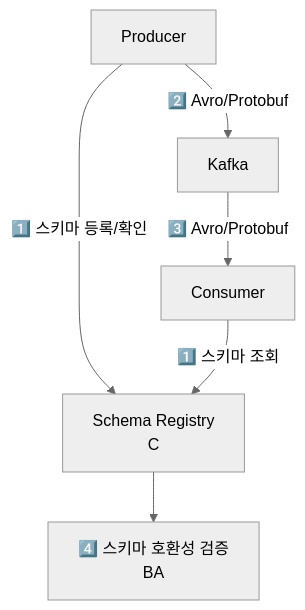
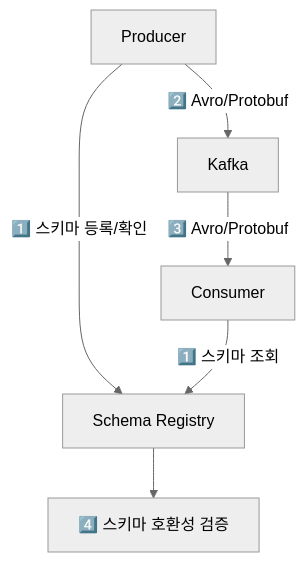
Before and after one commit to yjkim2015/yjkim2015.github.io: the eighth of 12 diagrams in _posts/kafka/2026-05-02-kafka-deep.md, drawn with Mermaid (neutral theme). The commit also changed other lines of this file and 217 other files, not shown here.

First line of the commit message:
Mermaid 크기 수정: useMaxWidth:true + SVG max-width:100% + 라벨 축소

````diff
--- a/_posts/kafka/2026-05-02-kafka-deep.md
+++ b/_posts/kafka/2026-05-02-kafka-deep.md
@@ -388,8 +388,8 @@
 ```mermaid
 graph TD
-    Producer[Producer] -->|"1️⃣ 스키마 등록/확인"| SchemaRegistry["Schema Registry\nC"]
+    Producer[Producer] -->|"1️⃣ 스키마 등록/확인"| SchemaRegistry["Schema Registry"]
     Consumer[Consumer] -->|"1️⃣ 스키마 조회"| SchemaRegistry
     Producer -->|"2️⃣ Avro/Protobuf"| Kafka[Kafka]
     Kafka -->|"3️⃣ Avro/Protobuf"| Consumer
-    SchemaRegistry --> Compatibility["4️⃣ 스키마 호환성 검증\nBA"]
+    SchemaRegistry --> Compatibility["4️⃣ 스키마 호환성 검증"]
 ```
````
